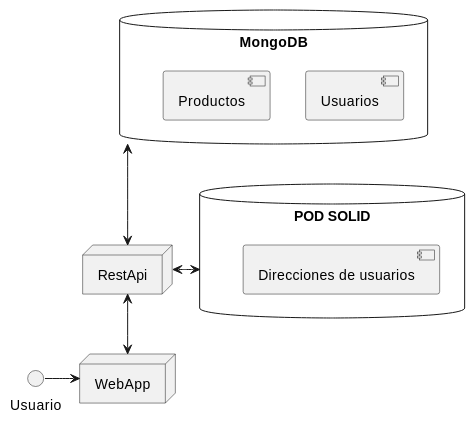
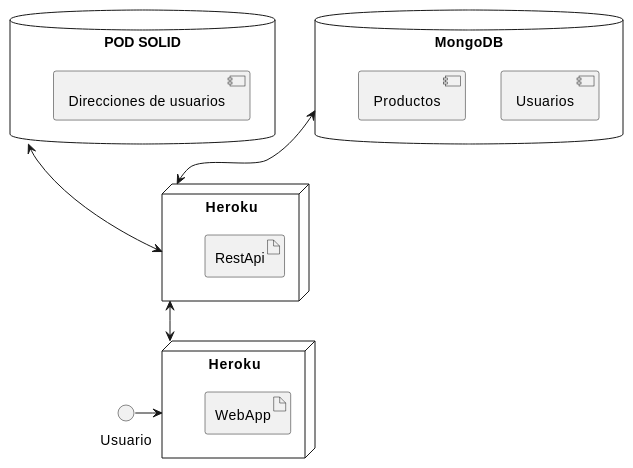
One commit to Arquisoft/Arquisoft-dede_es_02b changed the diagram in docs/07_deployment_view.adoc. Above: the diagram before and after it, drawn with PlantUML. The commit also changed other lines of this file, not shown here.

Commit message:
Actualización punto 7 docu Heroku

```diff
--- a/docs/07_deployment_view.adoc
+++ b/docs/07_deployment_view.adoc
@@ -4,19 +4,24 @@
 [plantuml, deployment_view1, svg]
 ----
 database "POD SOLID" as pod {
   [Direcciones de usuarios]
 }
 
 database "MongoDB" as mongo {
     [Usuarios]
     [Productos]
 }
 
-node "WebApp" as web
-node "RestApi" as rest
+node "Heroku" as web {
+  artifact "WebApp"
+}
+
+node "Heroku" as rest {
+  artifact "RestApi"
+}
 
 rest <--> web
 mongo <--> rest
-Usuario  -> web
-pod <-> rest
+Usuario -> web
+pod <--> rest
 ----
```
